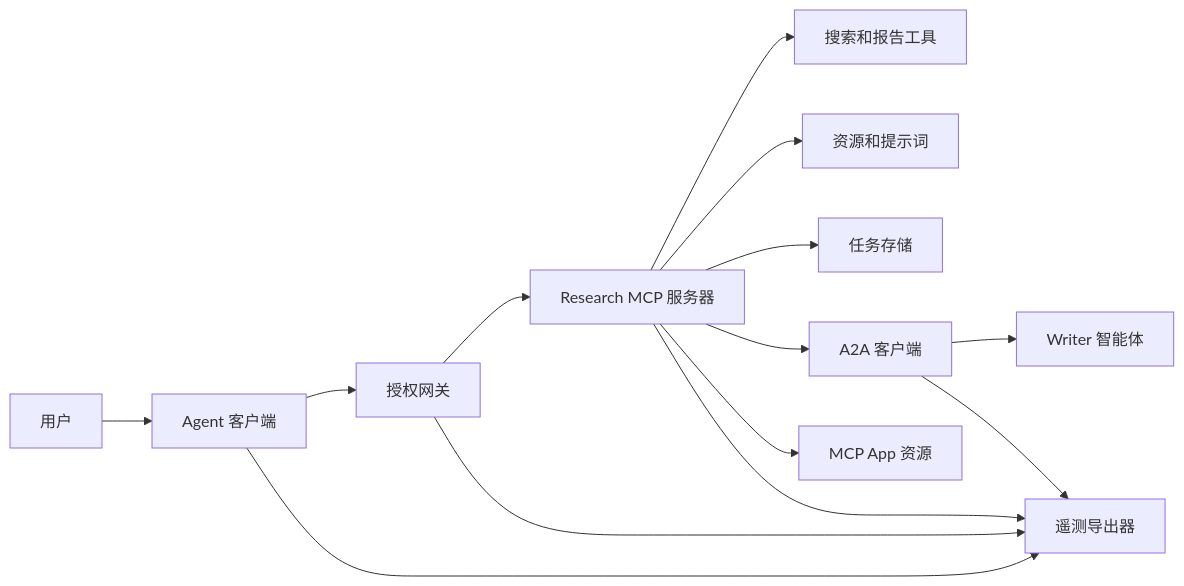
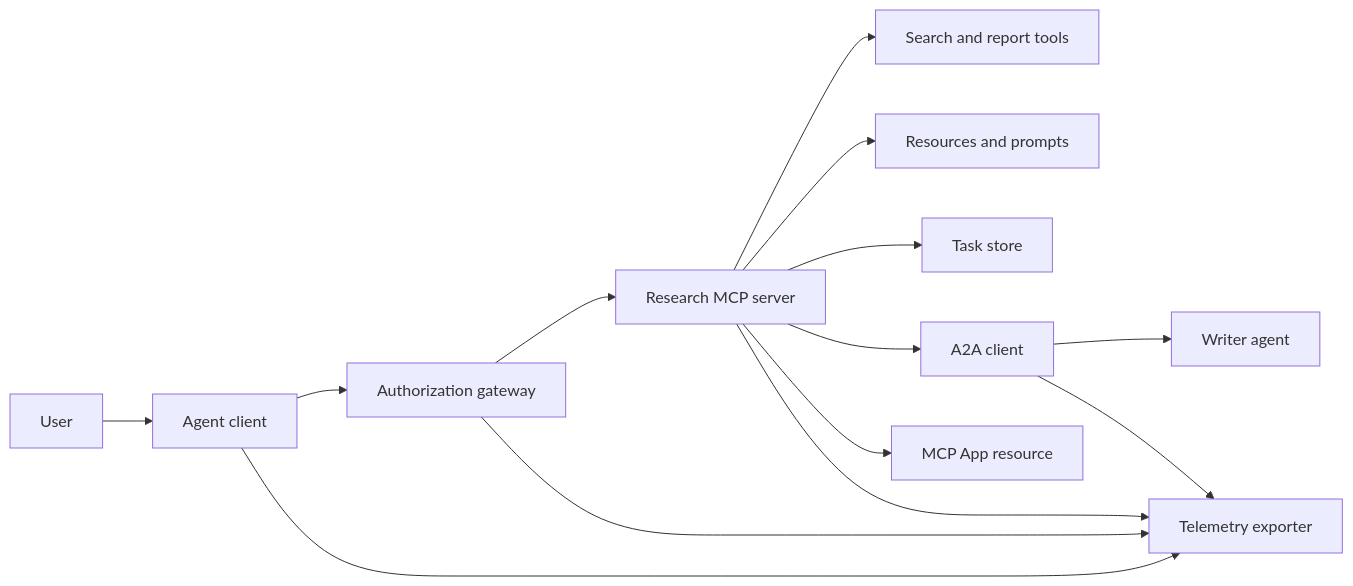
Before and after one commit to xiaojiaenen/ai-engineering-from-scratch-zh: the first of 3 diagrams in i18n/zh/phases/13-tools-and-protocols/23-capstone-tool-ecosystem/docs/zh.md, drawn with Mermaid. The commit also changed other lines of this file and 31 other files, not shown here.

````diff
--- a/i18n/zh/phases/13-tools-and-protocols/23-capstone-tool-ecosystem/docs/zh.md
+++ b/i18n/zh/phases/13-tools-and-protocols/23-capstone-tool-ecosystem/docs/zh.md
@@ -41,16 +41,16 @@
 ```mermaid
 flowchart LR
-  U[用户] --> C[Agent 客户端]
-  C --> G[授权网关]
-  G --> M[Research MCP 服务器]
-  M --> T[搜索和报告工具]
-  M --> R[资源和提示词]
-  M --> Q[任务存储]
-  M --> A[A2A 客户端]
-  A --> W[Writer 智能体]
-  M --> UI[MCP App 资源]
-  C --> O[遥测导出器]
+  U[User] --> C[Agent client]
+  C --> G[Authorization gateway]
+  G --> M[Research MCP server]
+  M --> T[Search and report tools]
+  M --> R[Resources and prompts]
+  M --> Q[Task store]
+  M --> A[A2A client]
+  A --> W[Writer agent]
+  M --> UI[MCP App resource]
+  C --> O[Telemetry exporter]
   G --> O
   M --> O
   A --> O
 ```
````
